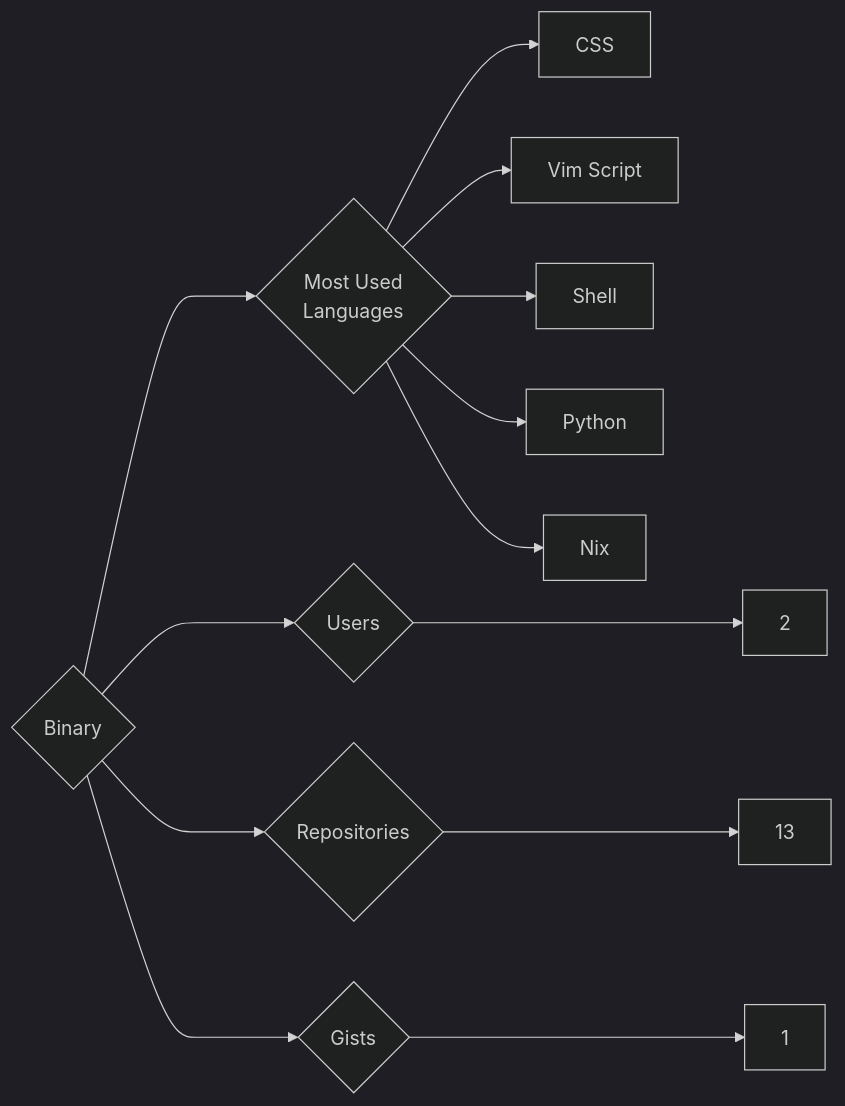
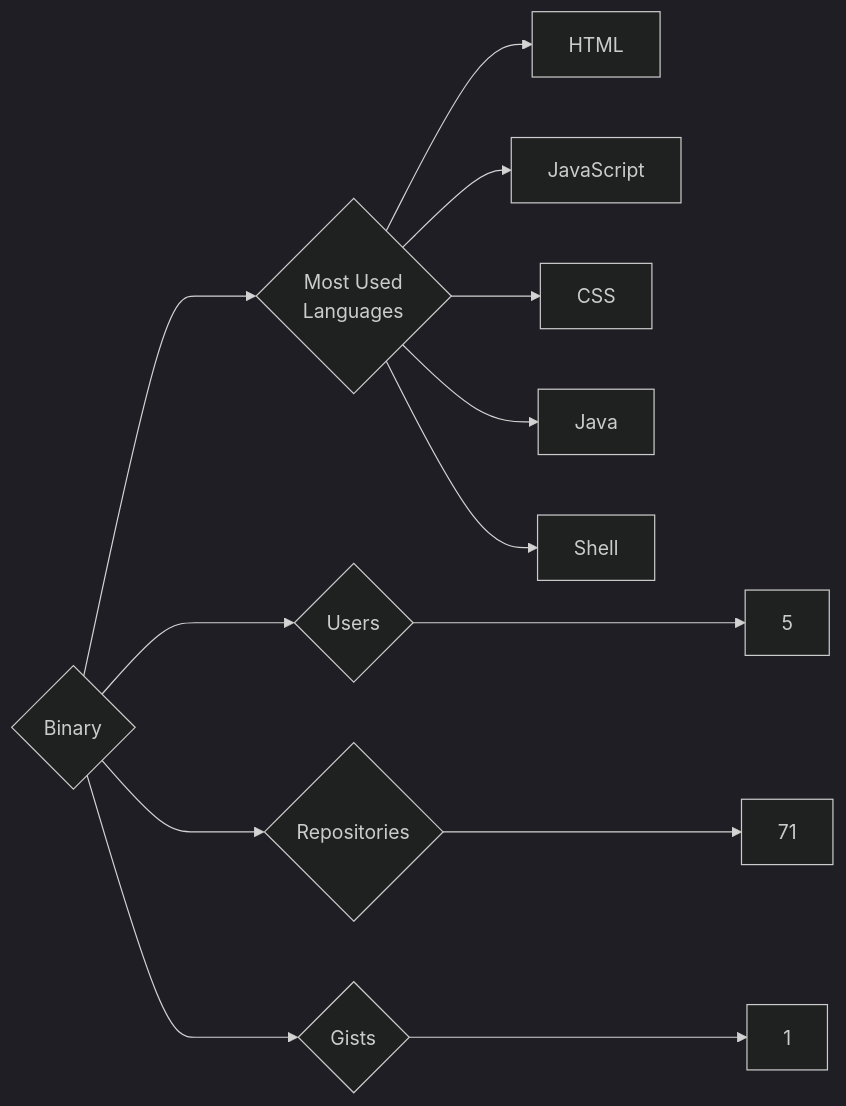
One commit to trickest/insiders changed the diagram in targets/Binary/README.md. Above: the diagram before and after it, drawn with Mermaid (dark theme). The commit also changed 640 other files, not shown here.

````diff
--- a/targets/Binary/README.md
+++ b/targets/Binary/README.md
@@ -3,13 +3,13 @@
 ```mermaid
 graph LR
 COMPANY_NAME{Binary}
-COMPANY_NAME ---> U{Users} ---> UN[2]
-COMPANY_NAME ---> R{Repositories} ---> RN[13]
+COMPANY_NAME ---> U{Users} ---> UN[5]
+COMPANY_NAME ---> R{Repositories} ---> RN[71]
 COMPANY_NAME ---> G{Gists} ---> GN[1]
 COMPANY_NAME ---> ML{Most Used<br>Languages}
+ML --> HTML[HTML]
+ML --> JavaScript[JavaScript]
 ML --> CSS[CSS]
-ML --> Vim_Script[Vim Script]
+ML --> Java[Java]
 ML --> Shell[Shell]
-ML --> Python[Python]
-ML --> Nix[Nix]
 ```
````
